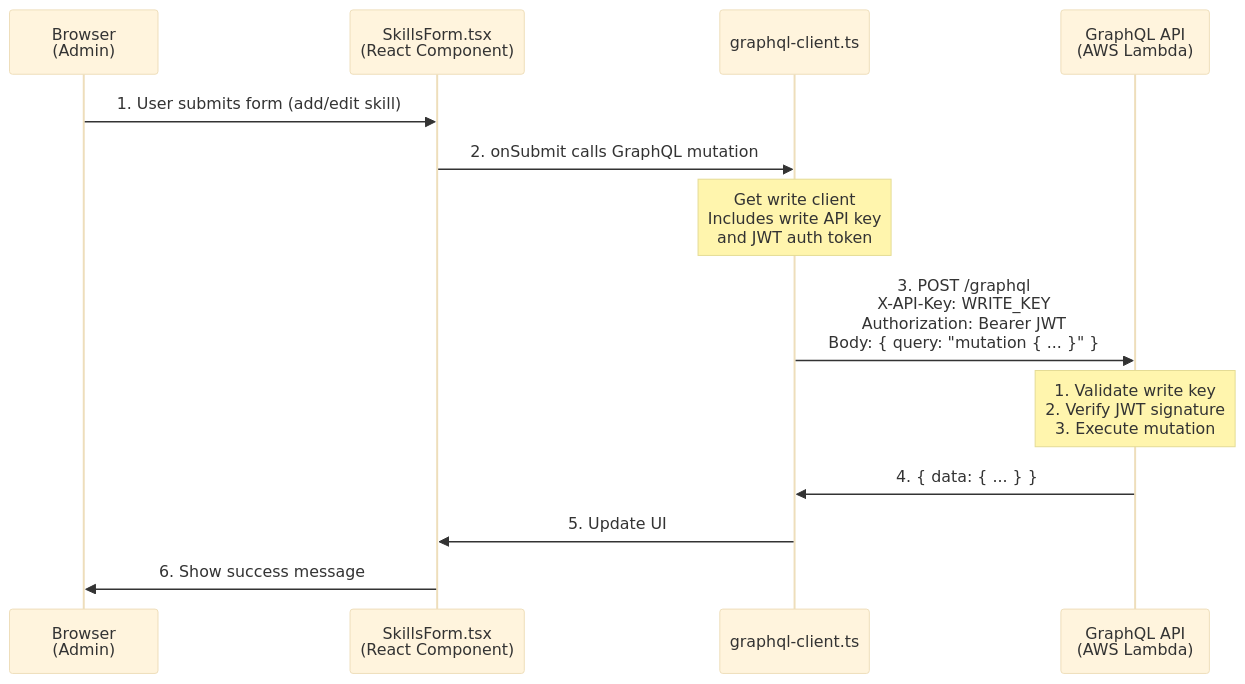
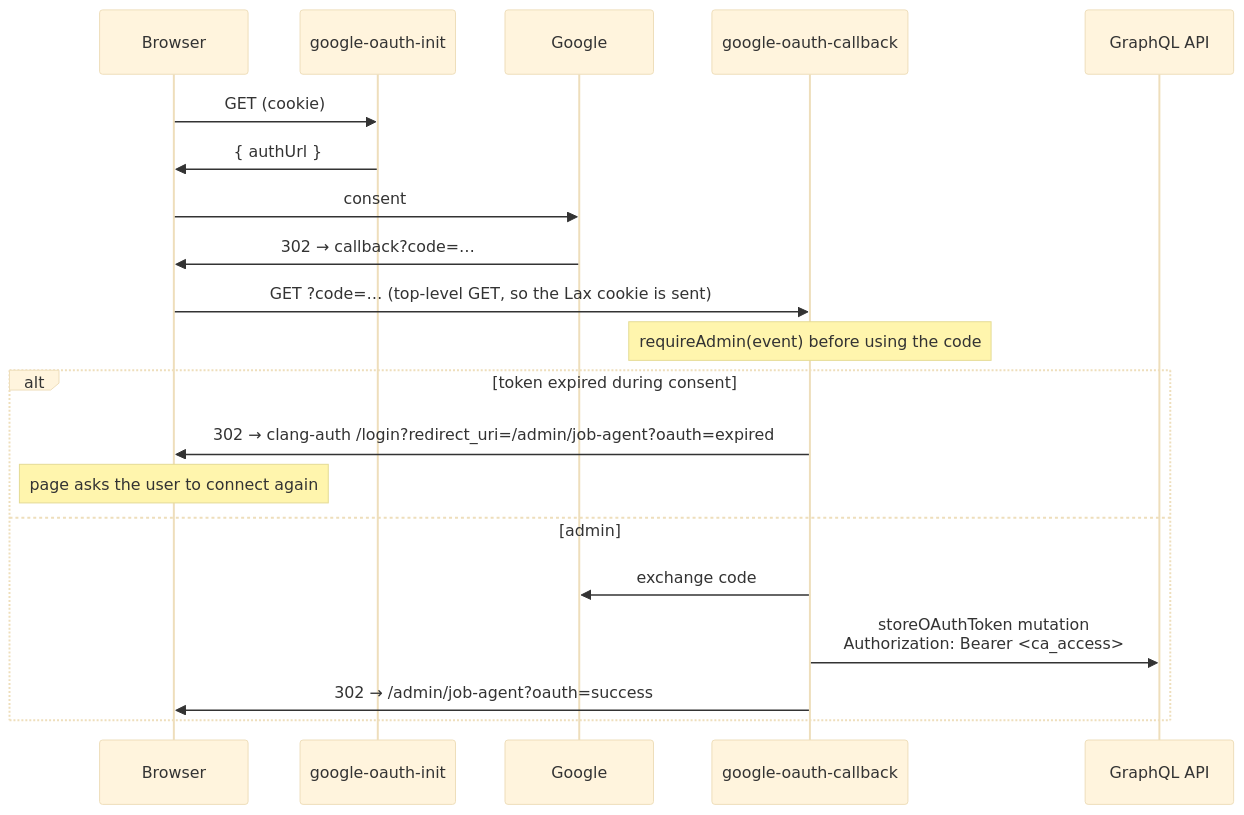
Before and after one commit to roadlittledawn/portfolio-site: the fifth of 5 diagrams in docs/auth-flow-diagram.md, drawn with Mermaid (base theme). The commit also changed other lines of this file and 6 other files, not shown here.

First line of the commit message:
docs: document clang-auth sign-in, env vars and the migration plan

````diff
--- a/docs/auth-flow-diagram.md
+++ b/docs/auth-flow-diagram.md
@@ -164,20 +127,23 @@
 ```mermaid
 sequenceDiagram
-    participant Browser as Browser<br/>(Admin)
-    participant Form as SkillsForm.tsx<br/>(React Component)
-    participant Client as graphql-client.ts
-    participant API as GraphQL API<br/>(AWS Lambda)
+    participant Browser
+    participant Init as google-oauth-init
+    participant Google
+    participant CB as google-oauth-callback
+    participant API as GraphQL API
 
-    Browser->>Form: 1. User submits form (add/edit skill)
-    Form->>Client: 2. onSubmit calls GraphQL mutation
-
-    Note over Client: Get write client<br/>Includes write API key<br/>and JWT auth token
-
-    Client->>API: 3. POST /graphql<br/>X-API-Key: WRITE_KEY<br/>Authorization: Bearer JWT<br/>Body: { query: "mutation { ... }" }
-
-    Note over API: 1. Validate write key<br/>2. Verify JWT signature<br/>3. Execute mutation
-
-    API->>Client: 4. { data: { ... } }
-    Client->>Form: 5. Update UI
-    Form->>Browser: 6. Show success message
+    Browser->>Init: GET (cookie)
+    Init->>Browser: { authUrl }
+    Browser->>Google: consent
+    Google->>Browser: 302 → callback?code=…
+    Browser->>CB: GET ?code=… (top-level GET, so the Lax cookie is sent)
+    Note over CB: requireAdmin(event) before using the code
+    alt token expired during consent
+        CB->>Browser: 302 → clang-auth /login?redirect_uri=/admin/job-agent?oauth=expired
+        Note over Browser: page asks the user to connect again
+    else admin
+        CB->>Google: exchange code
+        CB->>API: storeOAuthToken mutation<br/>Authorization: Bearer <ca_access>
+        CB->>Browser: 302 → /admin/job-agent?oauth=success
+    end
 ```
````
